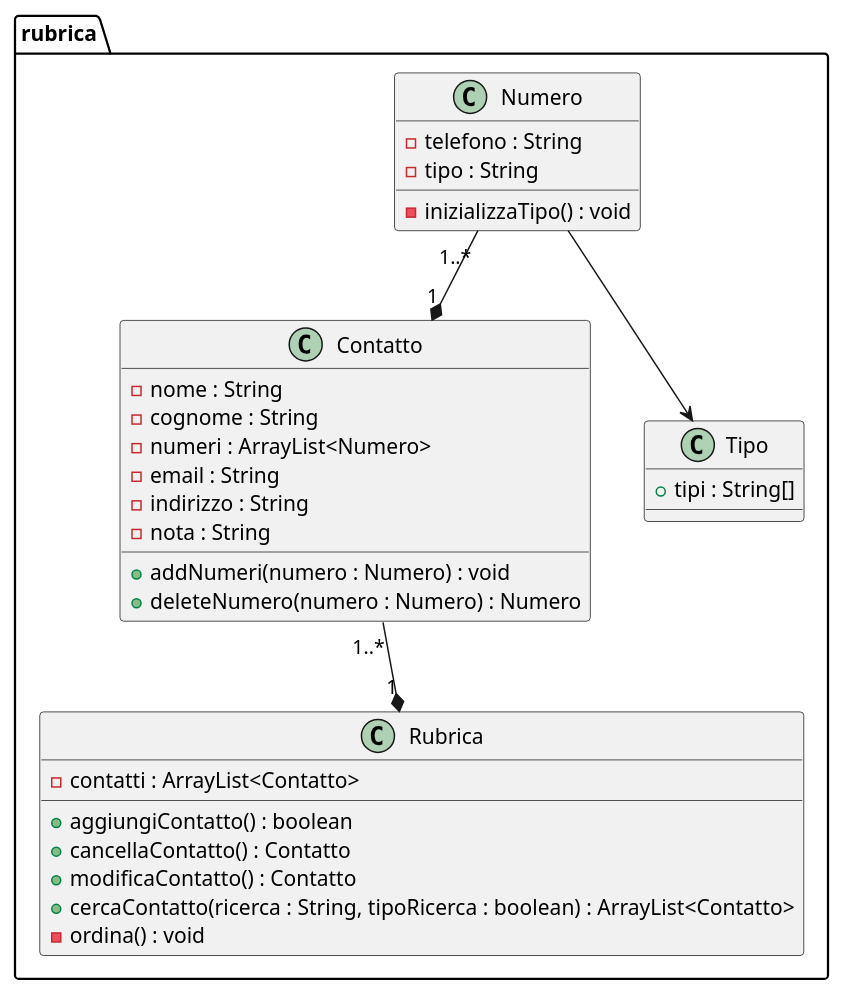
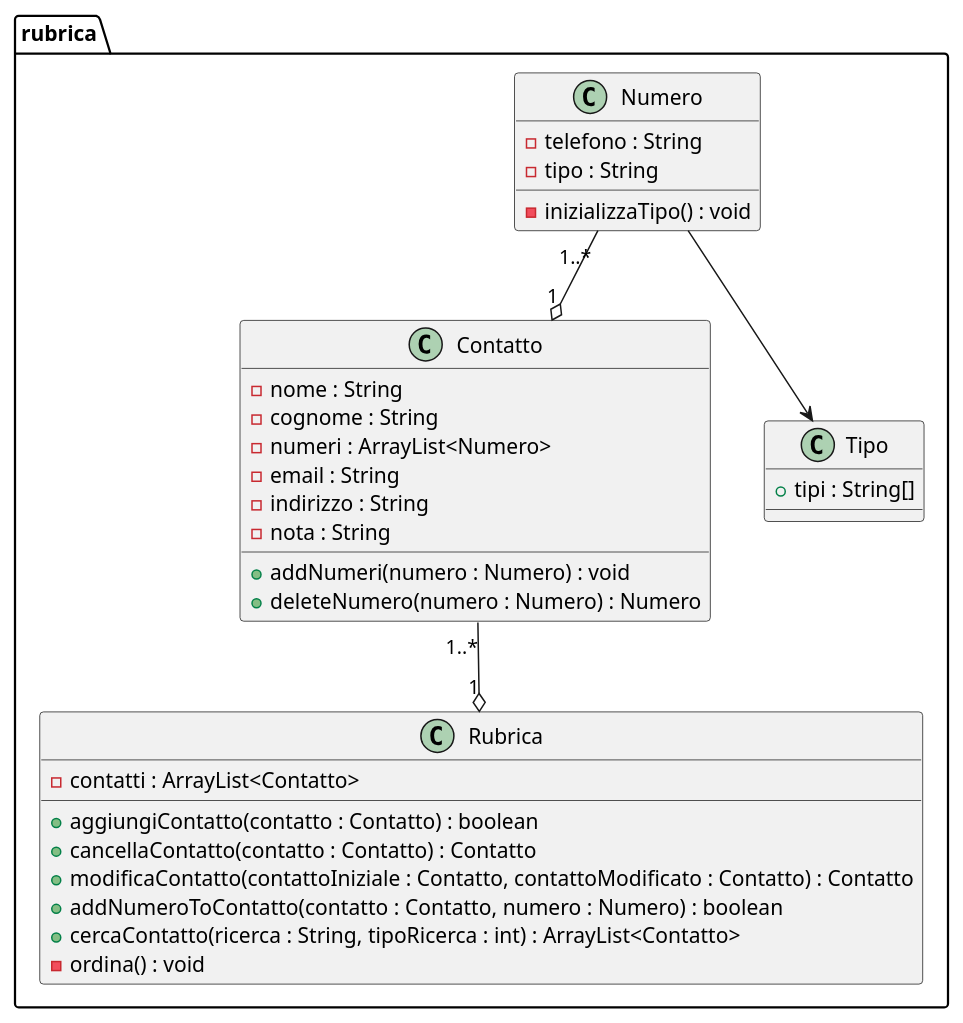
The diagram in Rubrica/src/Progettazione/CD.puml (Mazzo-007/TPSI-INFO), drawn with PlantUML before and after one commit. The commit also changed 1 other file, not shown here.

Commit message:
Rubrica_v2.1.0

```diff
--- a/Rubrica/src/Progettazione/CD.puml
+++ b/Rubrica/src/Progettazione/CD.puml
@@ -1,36 +1,37 @@
 @startuml
 package rubrica {
     class Rubrica {
         - contatti : ArrayList<Contatto>
 
-        + aggiungiContatto() : boolean
-        + cancellaContatto() : Contatto
-        + modificaContatto() : Contatto
-        + cercaContatto(ricerca : String, tipoRicerca : boolean) : ArrayList<Contatto>
+        + aggiungiContatto(contatto : Contatto) : boolean
+        + cancellaContatto(contatto : Contatto) : Contatto
+        + modificaContatto(contattoIniziale : Contatto, contattoModificato : Contatto) : Contatto
+        + addNumeroToContatto(contatto : Contatto, numero : Numero) : boolean
+        + cercaContatto(ricerca : String, tipoRicerca : int) : ArrayList<Contatto>
         - ordina() : void
     }
     class Contatto {
         - nome : String
         - cognome : String
         - numeri : ArrayList<Numero>
         - email : String
         - indirizzo : String
         - nota : String
 
         + addNumeri(numero : Numero) : void
         + deleteNumero(numero : Numero) : Numero
     }
     class Numero {
         - telefono : String
         - tipo : String
 
         - inizializzaTipo() : void
     }
     class Tipo {
         + tipi : String[]
     }
 }
 Numero --> Tipo
-Numero "1..*" --* "1" Contatto
-Contatto "1..*" --* "1" Rubrica
+Numero "1..*" --o "1" Contatto
+Contatto "1..*" --o "1" Rubrica
 @enduml
```
